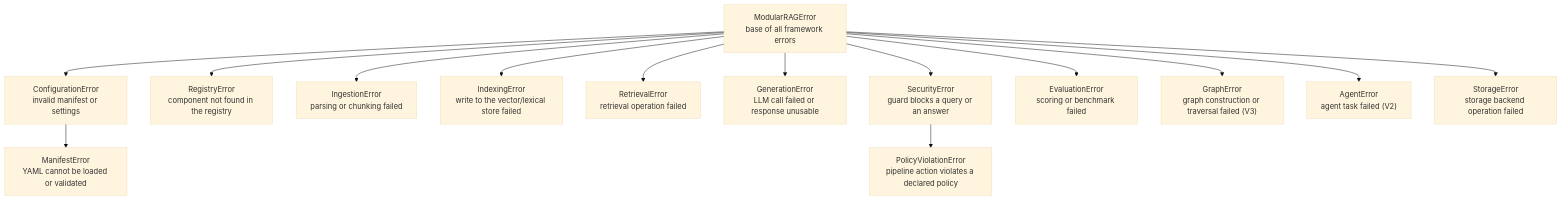
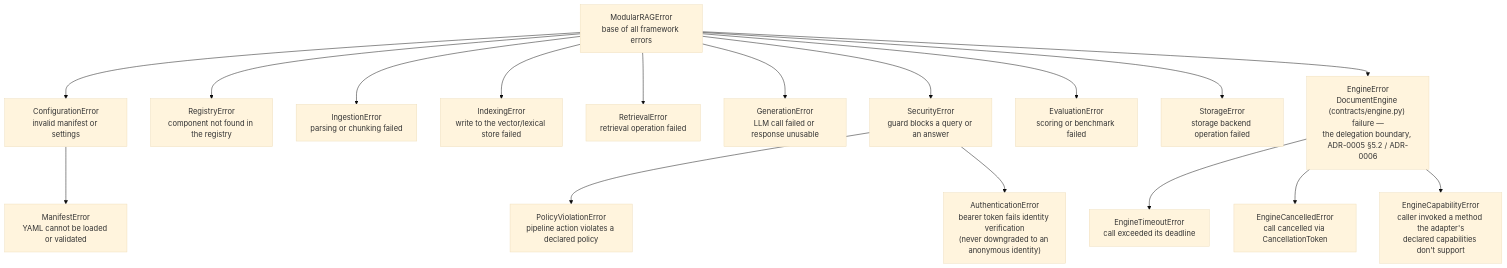
The fifth of 5 diagrams in docs/architecture/overview.md (HerbertGourout/modular-rag-framework), drawn with Mermaid before and after one commit. The commit also changed other lines of this file and 42 other files, not shown here.

````diff
--- a/docs/architecture/overview.md
+++ b/docs/architecture/overview.md
@@ -304,18 +604,21 @@
 ```mermaid
 %%{init: {"theme": "base"}}%%
 flowchart TD
     Base["ModularRAGError\nbase of all framework errors"]
     Base --> Config["ConfigurationError\ninvalid manifest or settings"]
     Config --> Manifest["ManifestError\nYAML cannot be loaded or validated"]
     Base --> Registry["RegistryError\ncomponent not found in the registry"]
     Base --> Ingestion["IngestionError\nparsing or chunking failed"]
     Base --> Indexing["IndexingError\nwrite to the vector/lexical store failed"]
     Base --> Retrieval["RetrievalError\nretrieval operation failed"]
     Base --> Generation["GenerationError\nLLM call failed or response unusable"]
     Base --> Security["SecurityError\nguard blocks a query or an answer"]
     Security --> Policy["PolicyViolationError\npipeline action violates a declared policy"]
+    Security --> Auth["AuthenticationError\nbearer token fails identity verification\n(never downgraded to an anonymous identity)"]
     Base --> Evaluation["EvaluationError\nscoring or benchmark failed"]
-    Base --> Graph["GraphError\ngraph construction or traversal failed (V3)"]
-    Base --> Agent["AgentError\nagent task failed (V2)"]
     Base --> Storage["StorageError\nstorage backend operation failed"]
+    Base --> Engine["EngineError\nDocumentEngine (contracts/engine.py) failure —\nthe delegation boundary, ADR-0005 §5.2 / ADR-0006"]
+    Engine --> EngineTimeout["EngineTimeoutError\ncall exceeded its deadline"]
+    Engine --> EngineCancelled["EngineCancelledError\ncall cancelled via CancellationToken"]
+    Engine --> EngineCapability["EngineCapabilityError\ncaller invoked a method the adapter's\ndeclared capabilities don't support"]
 ```
````
